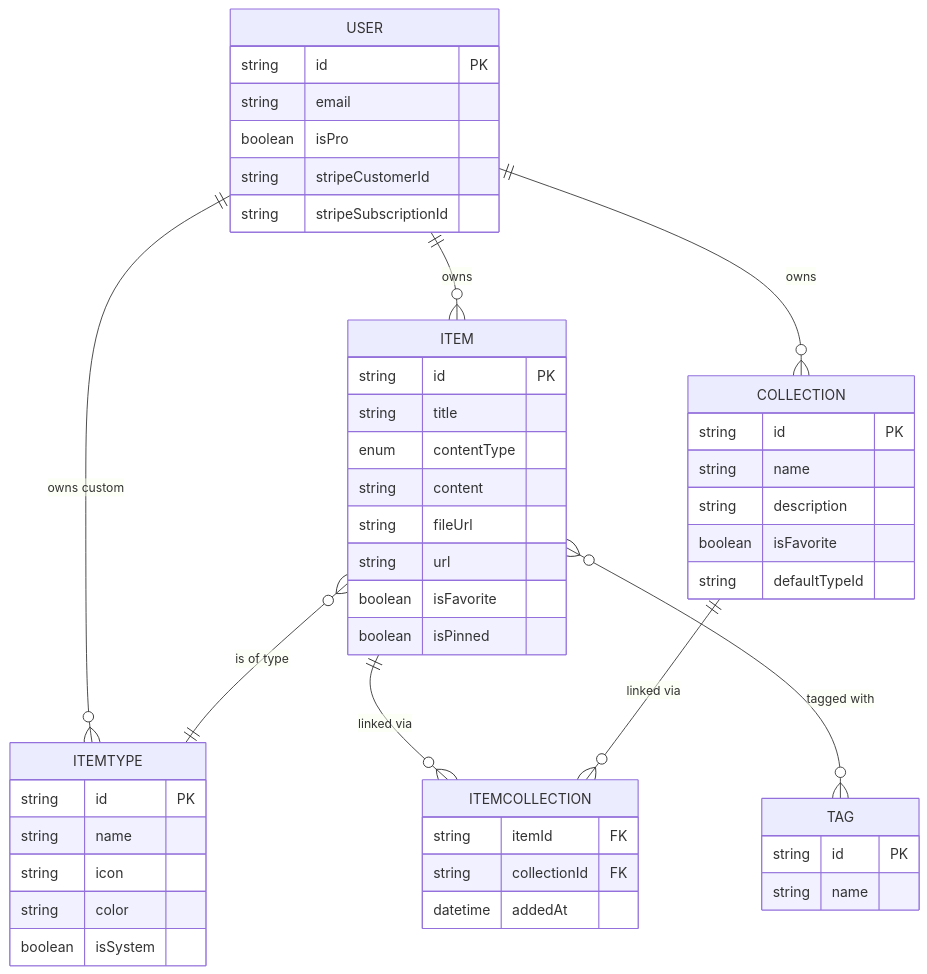
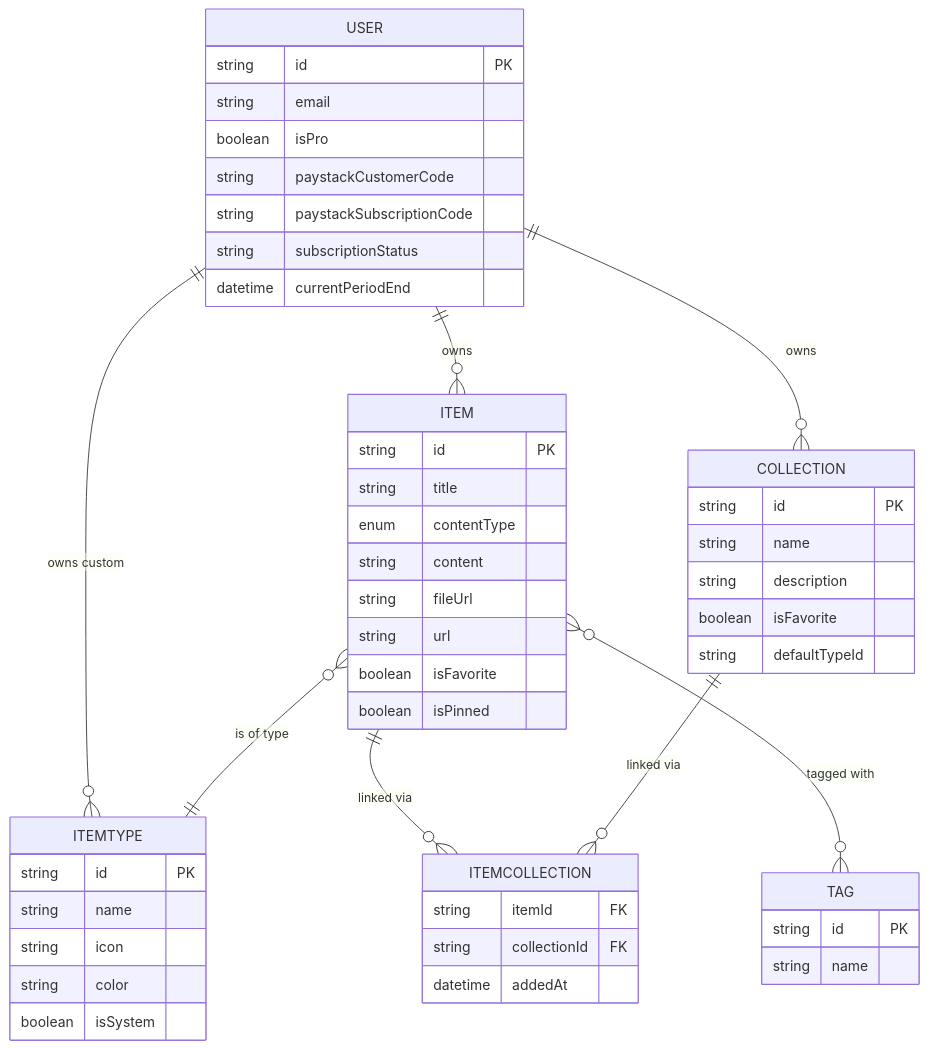
The diagram in context/project-overview.md (ibjorn/devstash), drawn with Mermaid before and after one commit. The commit also changed other lines of this file and 28 other files, not shown here.

````diff
--- a/context/project-overview.md
+++ b/context/project-overview.md
@@ -127,51 +127,53 @@
 ```mermaid
 erDiagram
     USER ||--o{ ITEM : owns
     USER ||--o{ COLLECTION : owns
     USER ||--o{ ITEMTYPE : "owns custom"
     ITEM }o--|| ITEMTYPE : "is of type"
     ITEM ||--o{ ITEMCOLLECTION : "linked via"
     COLLECTION ||--o{ ITEMCOLLECTION : "linked via"
     ITEM }o--o{ TAG : "tagged with"
 
     USER {
         string id PK
         string email
         boolean isPro
-        string stripeCustomerId
-        string stripeSubscriptionId
+        string paystackCustomerCode
+        string paystackSubscriptionCode
+        string subscriptionStatus
+        datetime currentPeriodEnd
     }
     ITEM {
         string id PK
         string title
         enum contentType
         string content
         string fileUrl
         string url
         boolean isFavorite
         boolean isPinned
     }
     COLLECTION {
         string id PK
         string name
         string description
         boolean isFavorite
         string defaultTypeId
     }
     ITEMTYPE {
         string id PK
         string name
         string icon
         string color
         boolean isSystem
     }
     ITEMCOLLECTION {
         string itemId FK
         string collectionId FK
         datetime addedAt
     }
     TAG {
         string id PK
         string name
     }
 ```
````
